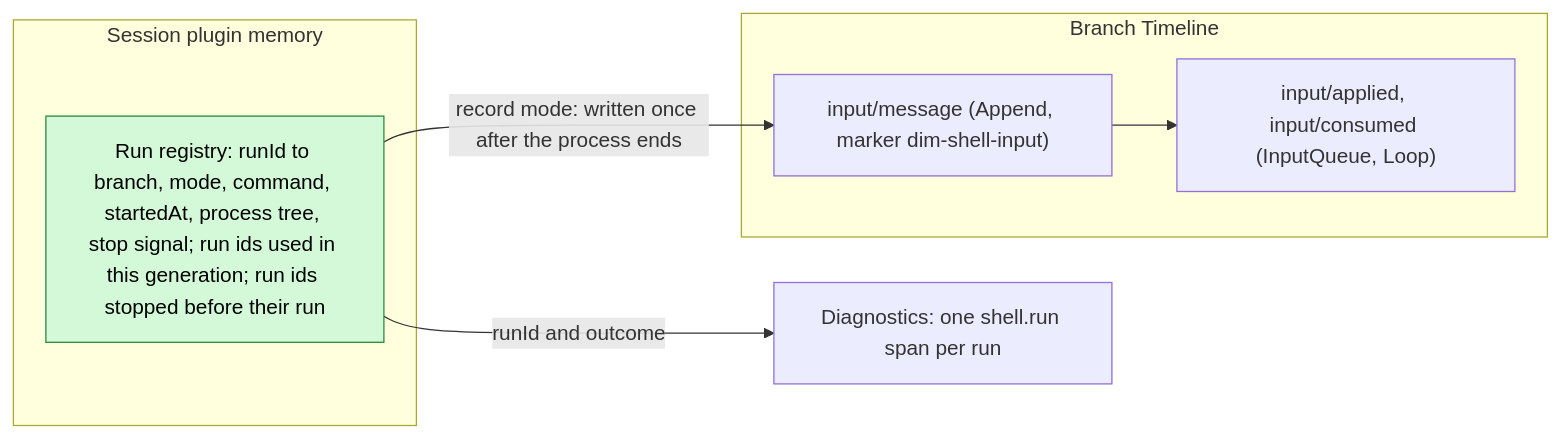
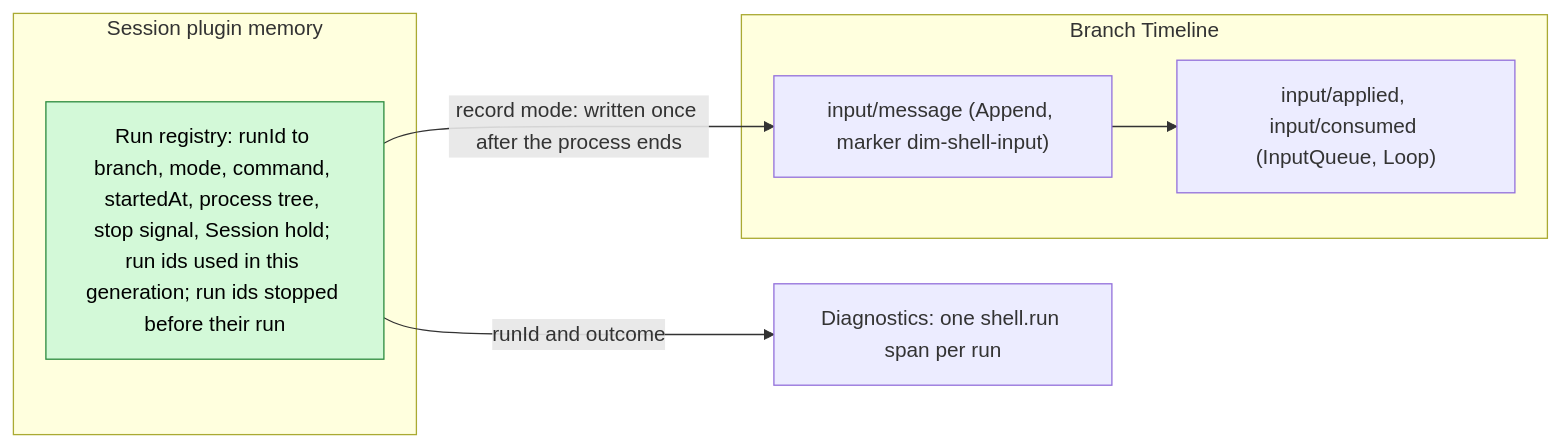
One commit to CoutinhoTTS/dim-agent changed the second of 3 diagrams in docs/design/plugins/ShellInput.md. Above: the diagram before and after it, drawn with Mermaid. The commit also changed other lines of this file and 7 other files, not shown here.

````diff
--- a/docs/design/plugins/ShellInput.md
+++ b/docs/design/plugins/ShellInput.md
@@ -50,15 +51,15 @@
 ```mermaid
 flowchart LR
   subgraph MEM["Session plugin memory"]
-    RR["Run registry: runId to branch, mode, command, startedAt, process tree, stop signal; run ids used in this generation; run ids stopped before their run"]:::new
+    RR["Run registry: runId to branch, mode, command, startedAt, process tree, stop signal, Session hold; run ids used in this generation; run ids stopped before their run"]:::new
   end
   subgraph TL["Branch Timeline"]
     IM["input/message (Append, marker dim-shell-input)"]
     IA["input/applied, input/consumed (InputQueue, Loop)"]
   end
   DG["Diagnostics: one shell.run span per run"]
   RR -- "record mode: written once after the process ends" --> IM
   IM --> IA
   RR -- "runId and outcome" --> DG
   classDef new fill:#d3f9d8,stroke:#2b8a3e,color:#000
 ```
````
